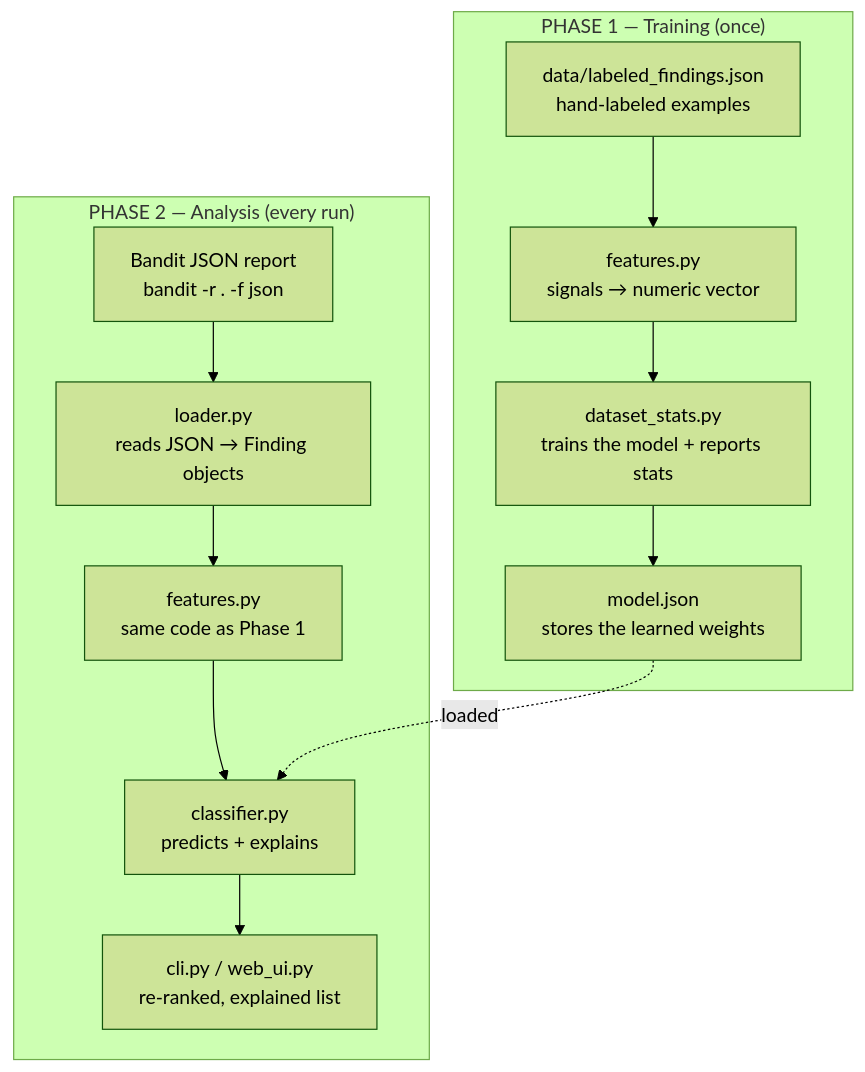
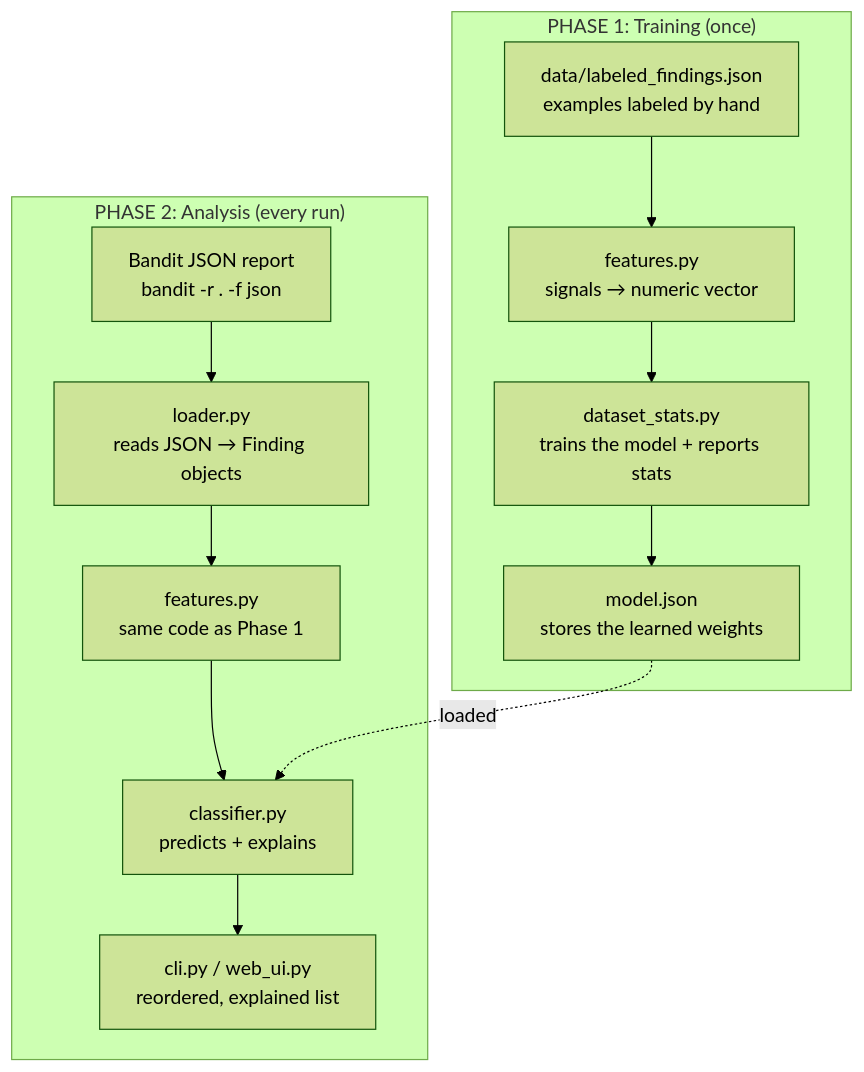
Before and after one commit to federicacurrodossi/bandit-triage: the first of 2 diagrams in docs/architecture.md, drawn with Mermaid (forest theme). The commit also changed other lines of this file and 3 other files, not shown here.

````diff
--- a/docs/architecture.md
+++ b/docs/architecture.md
@@ -14,16 +12,16 @@
 ```mermaid
 flowchart TD
-    subgraph TRAIN["PHASE 1 — Training (once)"]
-        A["data/labeled_findings.json<br/>hand-labeled examples"] --> B["features.py<br/>signals → numeric vector"]
+    subgraph TRAIN["PHASE 1: Training (once)"]
+        A["data/labeled_findings.json<br/>examples labeled by hand"] --> B["features.py<br/>signals → numeric vector"]
         B --> C["dataset_stats.py<br/>trains the model + reports stats"]
         C --> D["model.json<br/>stores the learned weights"]
     end
 
-    subgraph ANALYZE["PHASE 2 — Analysis (every run)"]
+    subgraph ANALYZE["PHASE 2: Analysis (every run)"]
         E["Bandit JSON report<br/>bandit -r . -f json"] --> F["loader.py<br/>reads JSON → Finding objects"]
         F --> G["features.py<br/>same code as Phase 1"]
         G --> H["classifier.py<br/>predicts + explains"]
         D -.loaded.-> H
-        H --> I["cli.py / web_ui.py<br/>re-ranked, explained list"]
+        H --> I["cli.py / web_ui.py<br/>reordered, explained list"]
     end
 ```
````
